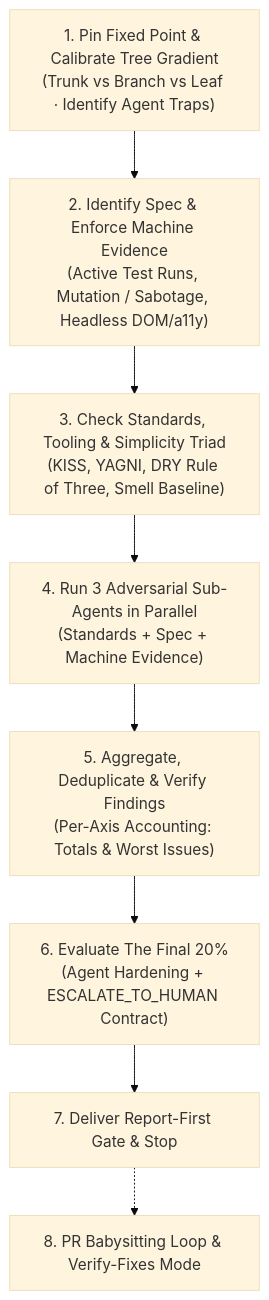
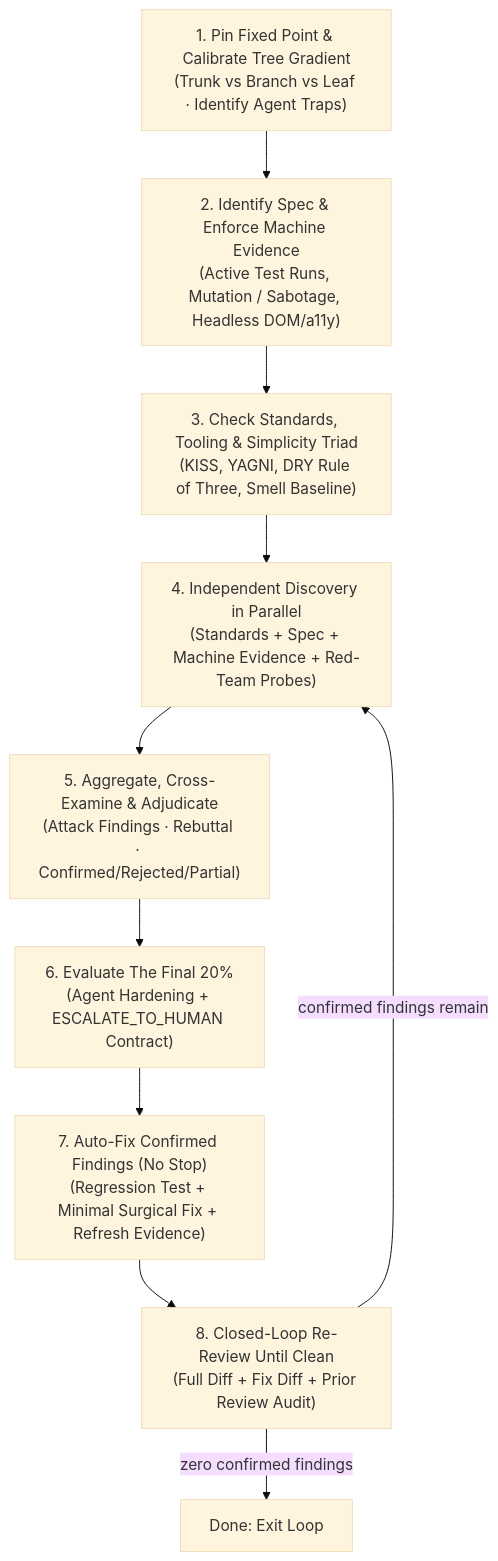
Before and after one commit to werlang/user-skills: the diagram in skills/code-review/SKILL.md, drawn with Mermaid (base theme). The commit also changed other lines of this file and 1 other file, not shown here.

Commit message:
feat(code-review): add auto-fix with closed-loop re-review

````diff
--- a/skills/code-review/SKILL.md
+++ b/skills/code-review/SKILL.md
@@ -14,14 +14,15 @@
 ```mermaid
 flowchart TD
     FixedPoint["1. Pin Fixed Point & Calibrate Tree Gradient<br/>(Trunk vs Branch vs Leaf · Identify Agent Traps)"]
     SpecSource["2. Identify Spec & Enforce Machine Evidence<br/>(Active Test Runs, Mutation / Sabotage, Headless DOM/a11y)"]
     Standards["3. Check Standards, Tooling & Simplicity Triad<br/>(KISS, YAGNI, DRY Rule of Three, Smell Baseline)"]
-    Adversarial["4. Run 3 Adversarial Sub-Agents in Parallel<br/>(Standards + Spec + Machine Evidence)"]
-    Aggregate["5. Aggregate, Deduplicate & Verify Findings<br/>(Per-Axis Accounting: Totals & Worst Issues)"]
+    Adversarial["4. Independent Discovery in Parallel<br/>(Standards + Spec + Machine Evidence + Red-Team Probes)"]
+    Aggregate["5. Aggregate, Cross-Examine & Adjudicate<br/>(Attack Findings · Rebuttal · Confirmed/Rejected/Partial)"]
     Final20["6. Evaluate The Final 20%<br/>(Agent Hardening + ESCALATE_TO_HUMAN Contract)"]
-    ReportGate["7. Deliver Report-First Gate & Stop"]
-    Babysit["8. PR Babysitting Loop & Verify-Fixes Mode"]
+    AutoFix["7. Auto-Fix Confirmed Findings (No Stop)<br/>(Regression Test + Minimal Surgical Fix + Refresh Evidence)"]
+    Loop["8. Closed-Loop Re-Review Until Clean<br/>(Full Diff + Fix Diff + Prior Review Audit)"]
 
-    FixedPoint --> SpecSource --> Standards --> Adversarial --> Aggregate --> Final20 --> ReportGate
-    ReportGate -.-> Babysit
+    FixedPoint --> SpecSource --> Standards --> Adversarial --> Aggregate --> Final20 --> AutoFix --> Loop
+    Loop -->|confirmed findings remain| Adversarial
+    Loop -->|zero confirmed findings| Done["Done: Exit Loop"]
 ```
````
